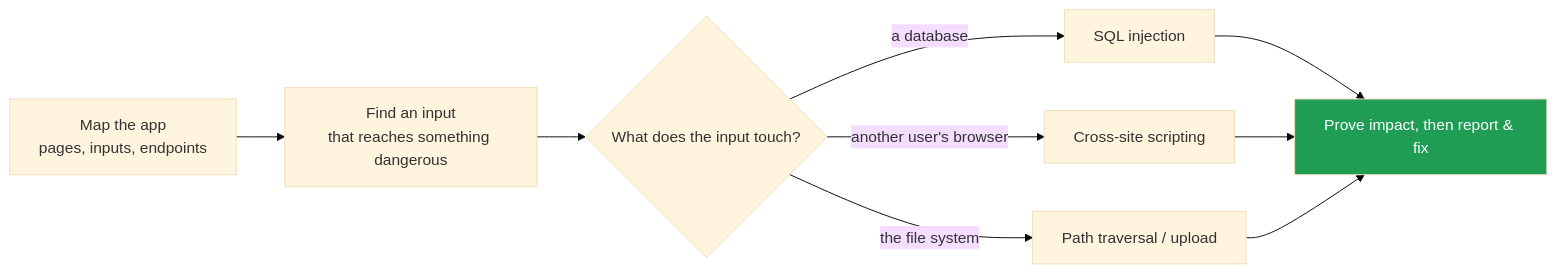
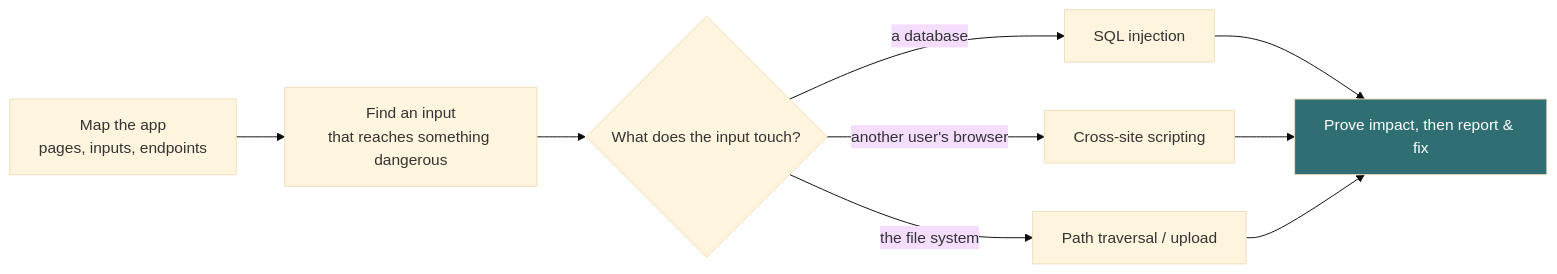
One commit to darkanalytica1/ethical-hacking-cheatsheet changed the first of 2 diagrams in sheets/08-web-apps.md. Above: the diagram before and after it, drawn with Mermaid (base theme). The commit also changed 9 other files, not shown here.

````diff
--- a/sheets/08-web-apps.md
+++ b/sheets/08-web-apps.md
@@ -9,12 +9,12 @@
 ```mermaid
 flowchart LR
     A[Map the app<br/>pages, inputs, endpoints] --> B[Find an input<br/>that reaches something dangerous]
     B --> C{What does the input touch?}
     C -->|a database| D[SQL injection]
     C -->|another user's browser| E[Cross-site scripting]
     C -->|the file system| F[Path traversal / upload]
     D --> G[Prove impact, then report & fix]
     E --> G
     F --> G
-    style G fill:#1f9d55,color:#fff
+    style G fill:#2f6f73,color:#fff
 ```
````
